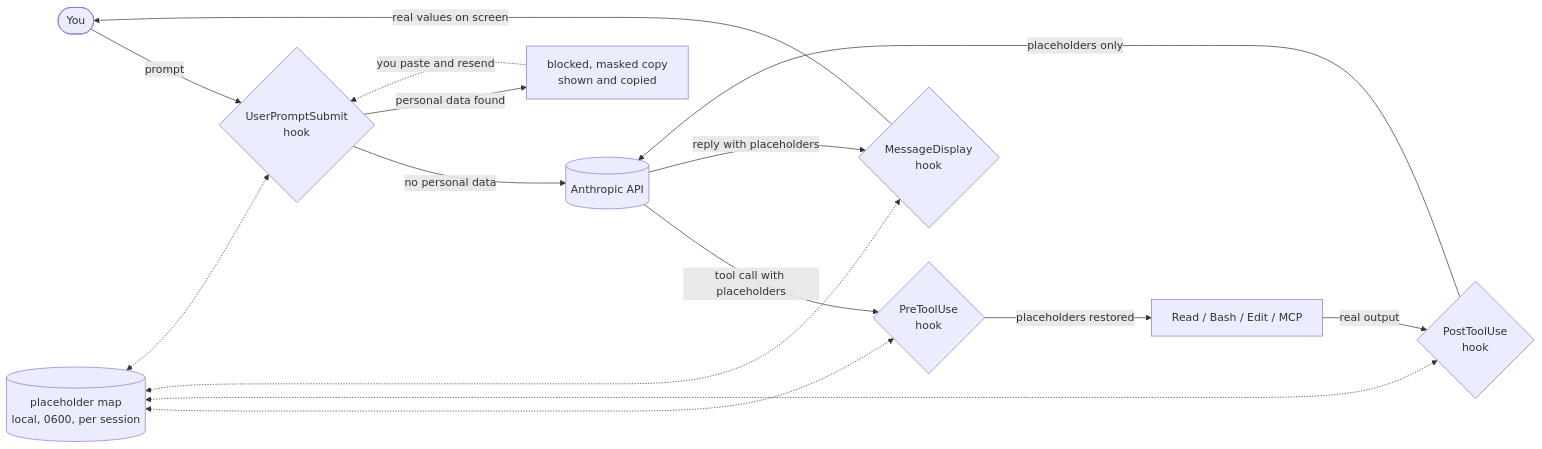
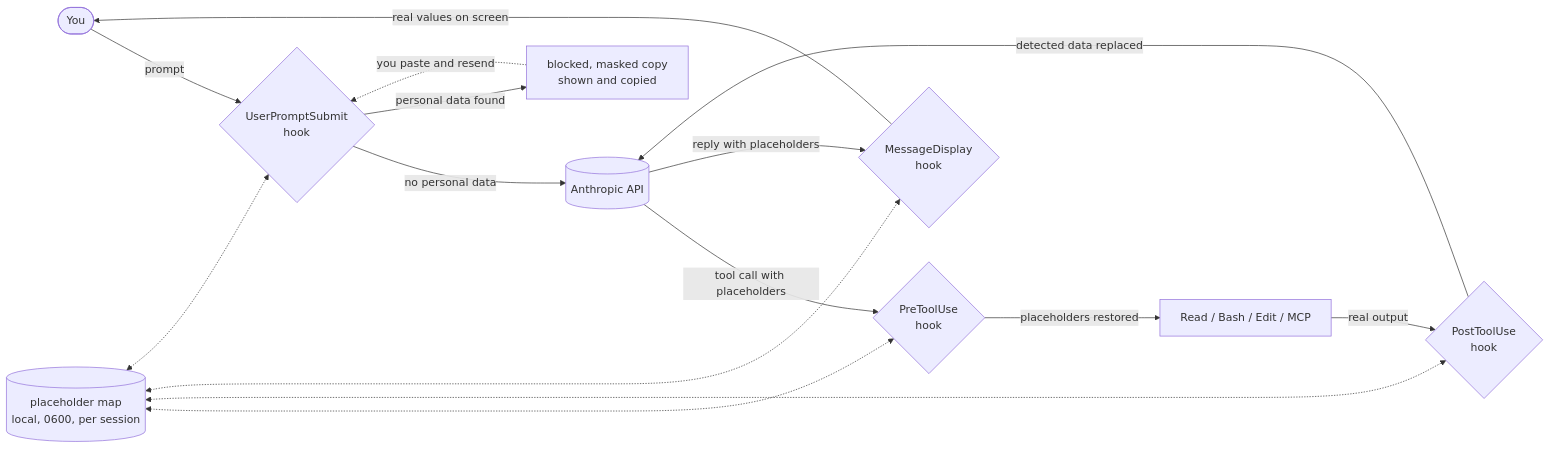
One commit to yhdhappy/AliasChat changed the diagram in README.md. Above: the diagram before and after it, drawn with Mermaid. The commit also changed other lines of this file and 1 other file, not shown here.

````diff
--- a/README.md
+++ b/README.md
@@ -77,17 +77,17 @@
 ```mermaid
 flowchart LR
     You([You]) -->|prompt| UPS{UserPromptSubmit<br/>hook}
     UPS -->|no personal data| Model[(Anthropic API)]
     UPS -->|personal data found| Block[blocked, masked copy<br/>shown and copied]
     Block -.->|you paste and resend| UPS
     Model -->|tool call with placeholders| Pre{PreToolUse<br/>hook}
     Pre -->|placeholders restored| Tool[Read / Bash / Edit / MCP]
     Tool -->|real output| Post{PostToolUse<br/>hook}
-    Post -->|placeholders only| Model
+    Post -->|detected data replaced| Model
     Model -->|reply with placeholders| Disp{MessageDisplay<br/>hook}
     Disp -->|real values on screen| You
     Map[(placeholder map<br/>local, 0600, per session)] <-.-> Pre
     Map <-.-> Post
     Map <-.-> Disp
     Map <-.-> UPS
 ```
````
